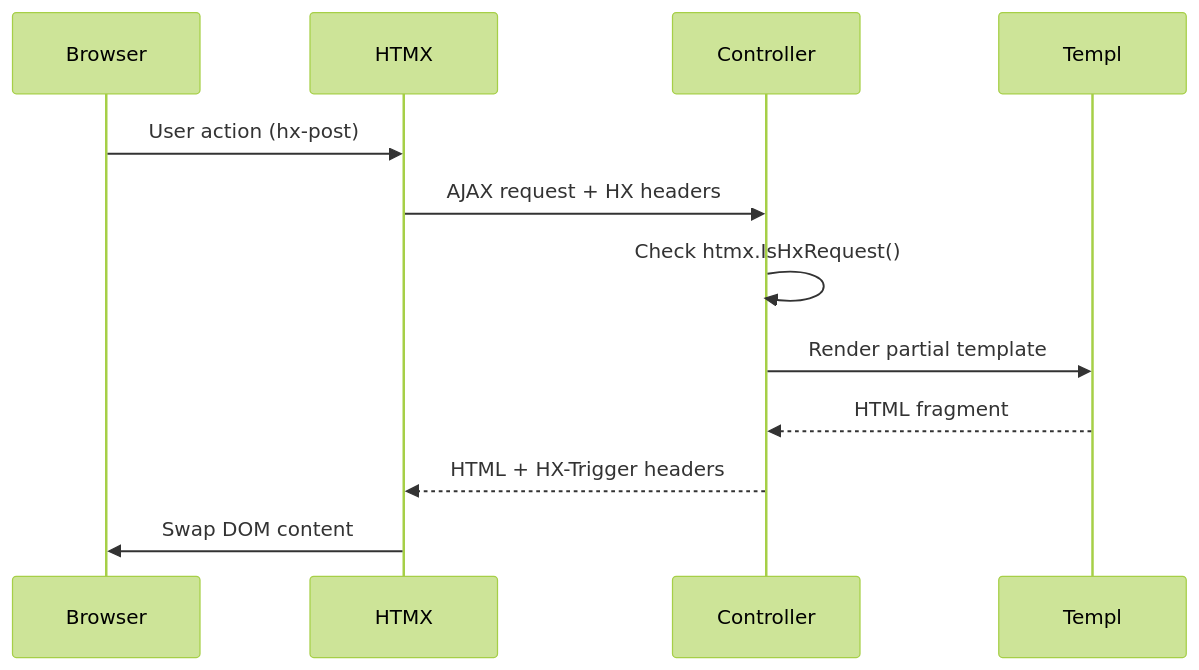
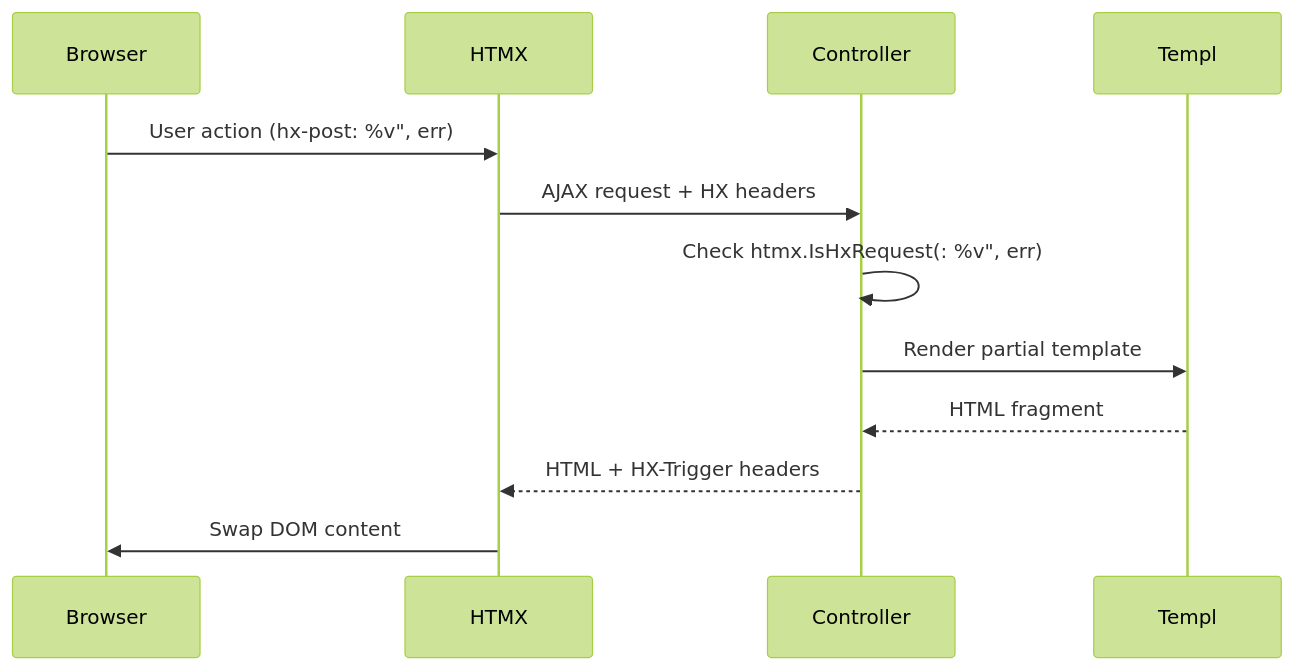
Before and after one commit to iota-uz/iota-sdk: the third of 11 diagrams in docs/content/architecture/frontend-stack.mdx, drawn with Mermaid (forest theme). The commit also changed other lines of this file and 22 other files, not shown here.

````diff
--- a/docs/content/architecture/frontend-stack.mdx
+++ b/docs/content/architecture/frontend-stack.mdx
@@ -60,15 +60,15 @@
 ```mermaid
 sequenceDiagram
     participant Browser
     participant HTMX
     participant Controller
     participant Templ
     
-    Browser->>HTMX: User action (hx-post)
+    Browser->>HTMX: User action (hx-post: %v", err)
     HTMX->>Controller: AJAX request + HX headers
-    Controller->>Controller: Check htmx.IsHxRequest()
+    Controller->>Controller: Check htmx.IsHxRequest(: %v", err)
     Controller->>Templ: Render partial template
     Templ-->>Controller: HTML fragment
     Controller-->>HTMX: HTML + HX-Trigger headers
     HTMX->>Browser: Swap DOM content
 ```
````
